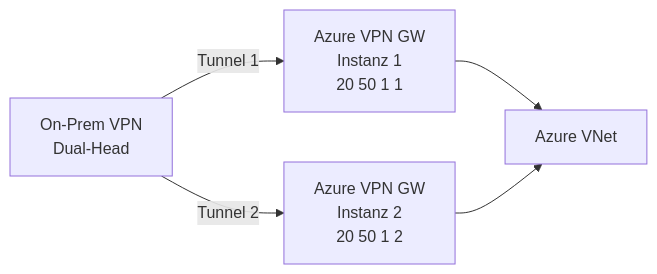
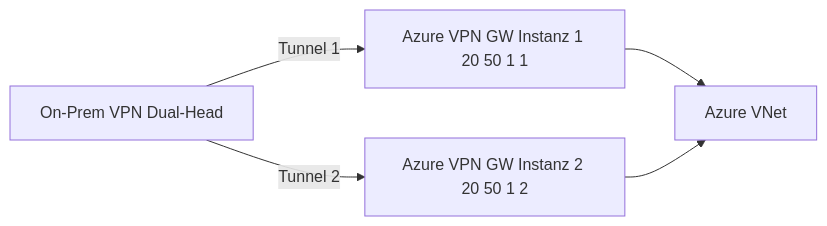
Before and after one commit to SoniiiT/notes-n-docs: the fifth of 7 diagrams in Microsoft 365/Azure/Netzwerk/Azure VPN Gateway.md, drawn with Mermaid. The commit also changed other lines of this file and 124 other files, not shown here.

First line of the commit message:
fix: Entferne \n aus allen Mermaid-Diagrammen (125 Dateien)

````diff
--- a/Microsoft 365/Azure/Netzwerk/Azure VPN Gateway.md
+++ b/Microsoft 365/Azure/Netzwerk/Azure VPN Gateway.md
@@ -224,6 +224,6 @@
 ```mermaid
 graph LR
-    ONPREM[On-Prem VPN\nDual-Head] -->|Tunnel 1| GW1[Azure VPN GW\nInstanz 1\n20 50 1 1]
-    ONPREM -->|Tunnel 2| GW2[Azure VPN GW\nInstanz 2\n20 50 1 2]
+    ONPREM[On-Prem VPN Dual-Head] -->|Tunnel 1| GW1[Azure VPN GW Instanz 1 20 50 1 1]
+    ONPREM -->|Tunnel 2| GW2[Azure VPN GW Instanz 2 20 50 1 2]
     GW1 & GW2 --> VNET[Azure VNet]
 ```
````
